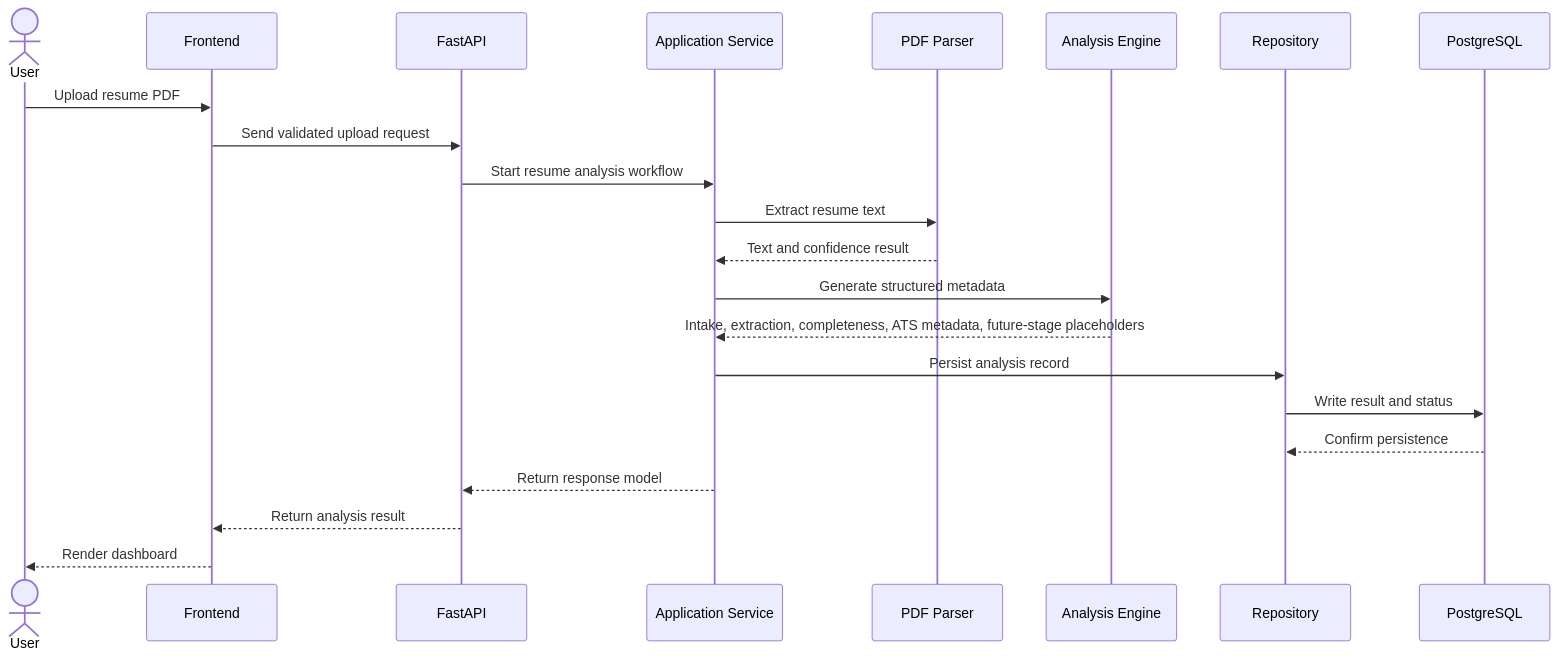
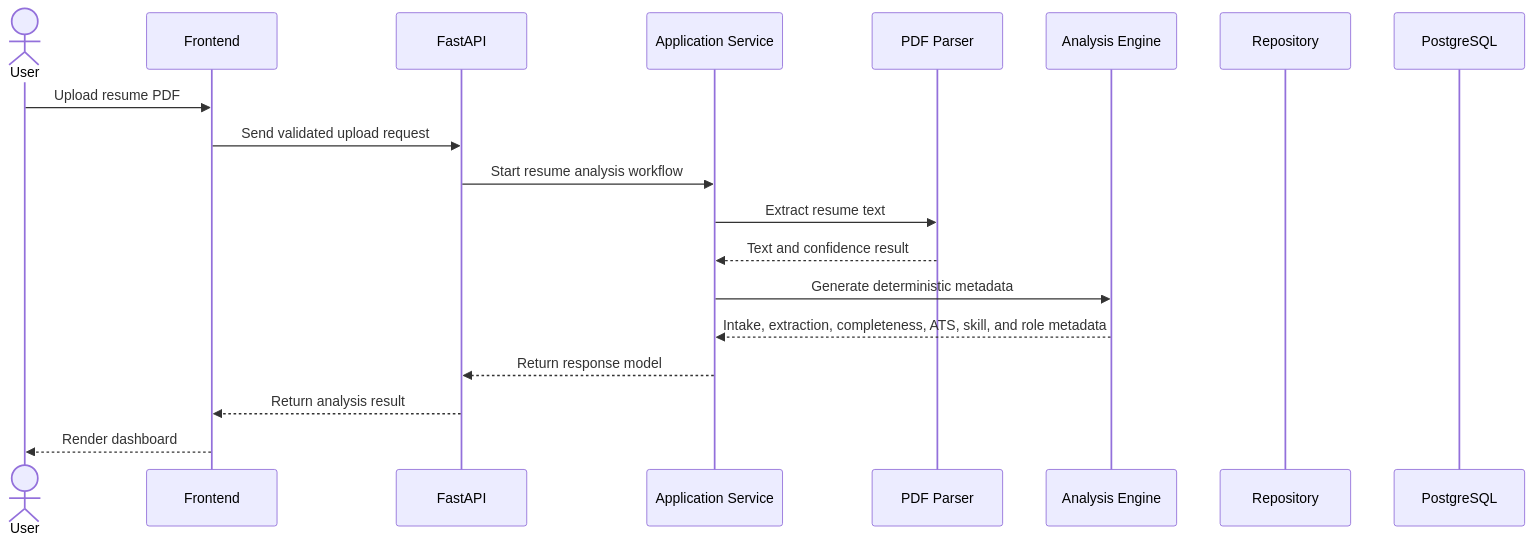
The second of 2 diagrams in docs/SYSTEM_ARCHITECTURE.md (Justindwinata/CareerBoostAI), drawn with Mermaid before and after one commit. The commit also changed other lines of this file and 5 other files, not shown here.

````diff
--- a/docs/SYSTEM_ARCHITECTURE.md
+++ b/docs/SYSTEM_ARCHITECTURE.md
@@ -58,25 +58,22 @@
 ```mermaid
 sequenceDiagram
   actor User
   participant FE as Frontend
   participant API as FastAPI
   participant App as Application Service
   participant Parser as PDF Parser
   participant Analysis as Analysis Engine
   participant Repo as Repository
   participant DB as PostgreSQL
 
   User->>FE: Upload resume PDF
   FE->>API: Send validated upload request
   API->>App: Start resume analysis workflow
   App->>Parser: Extract resume text
   Parser-->>App: Text and confidence result
-  App->>Analysis: Generate structured metadata
-  Analysis-->>App: Intake, extraction, completeness, ATS metadata, future-stage placeholders
-  App->>Repo: Persist analysis record
-  Repo->>DB: Write result and status
-  DB-->>Repo: Confirm persistence
+  App->>Analysis: Generate deterministic metadata
+  Analysis-->>App: Intake, extraction, completeness, ATS, skill, and role metadata
   App-->>API: Return response model
   API-->>FE: Return analysis result
   FE-->>User: Render dashboard
 ```
````
